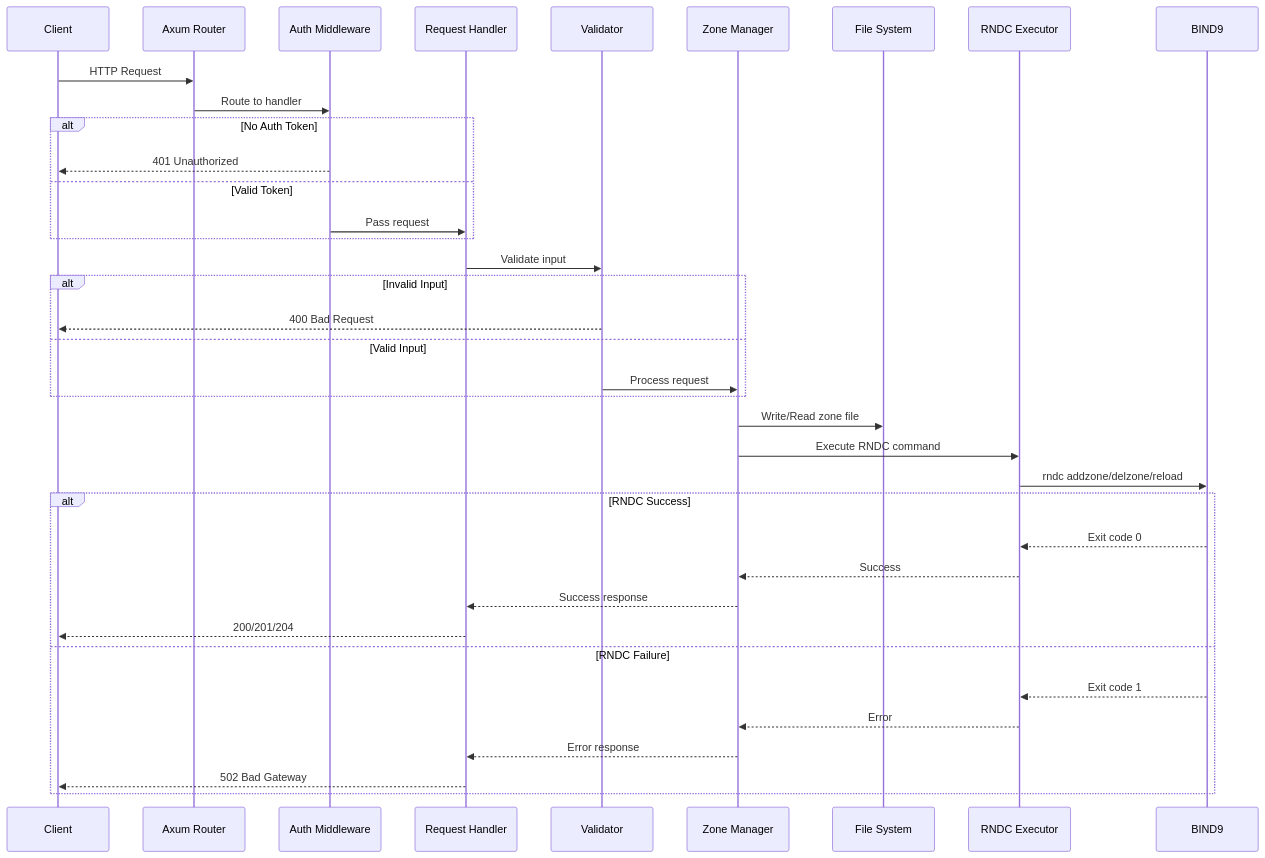
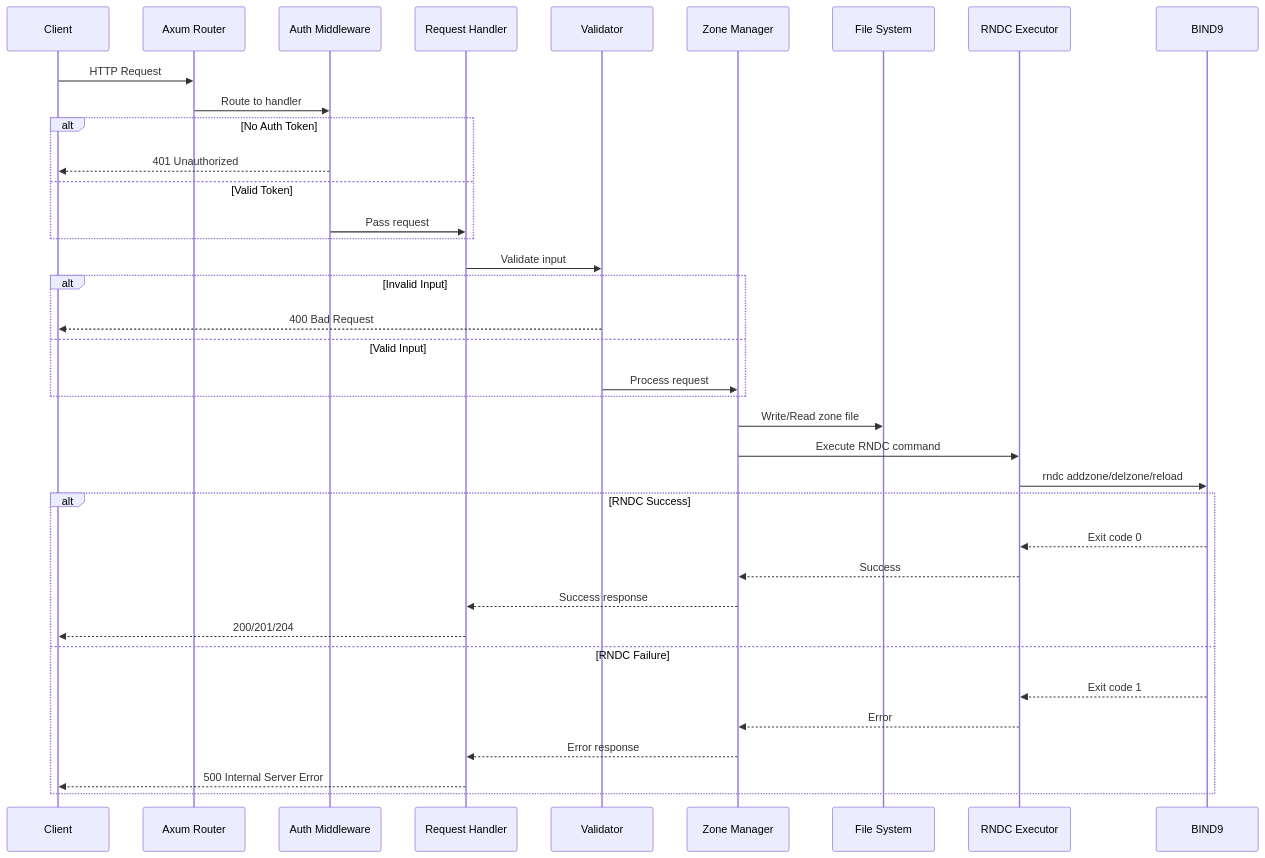
The second of 5 diagrams in docs/src/developer-guide/architecture-deep-dive.md (firestoned/bindcar), drawn with Mermaid before and after one commit. The commit also changed other lines of this file and 27 other files, not shown here.

````diff
--- a/docs/src/developer-guide/architecture-deep-dive.md
+++ b/docs/src/developer-guide/architecture-deep-dive.md
@@ -59,45 +59,45 @@
 ```mermaid
 sequenceDiagram
     participant Client
     participant Axum as Axum Router
     participant Auth as Auth Middleware
     participant Handler as Request Handler
     participant Validator as Validator
     participant ZoneMgr as Zone Manager
     participant FS as File System
     participant RNDC as RNDC Executor
     participant BIND9
 
     Client->>Axum: HTTP Request
     Axum->>Auth: Route to handler
 
     alt No Auth Token
         Auth-->>Client: 401 Unauthorized
     else Valid Token
         Auth->>Handler: Pass request
     end
 
     Handler->>Validator: Validate input
 
     alt Invalid Input
         Validator-->>Client: 400 Bad Request
     else Valid Input
         Validator->>ZoneMgr: Process request
     end
 
     ZoneMgr->>FS: Write/Read zone file
     ZoneMgr->>RNDC: Execute RNDC command
     RNDC->>BIND9: rndc addzone/delzone/reload
 
     alt RNDC Success
         BIND9-->>RNDC: Exit code 0
         RNDC-->>ZoneMgr: Success
         ZoneMgr-->>Handler: Success response
         Handler-->>Client: 200/201/204
     else RNDC Failure
         BIND9-->>RNDC: Exit code 1
         RNDC-->>ZoneMgr: Error
         ZoneMgr-->>Handler: Error response
-        Handler-->>Client: 502 Bad Gateway
+        Handler-->>Client: 500 Internal Server Error
     end
 ```
````
